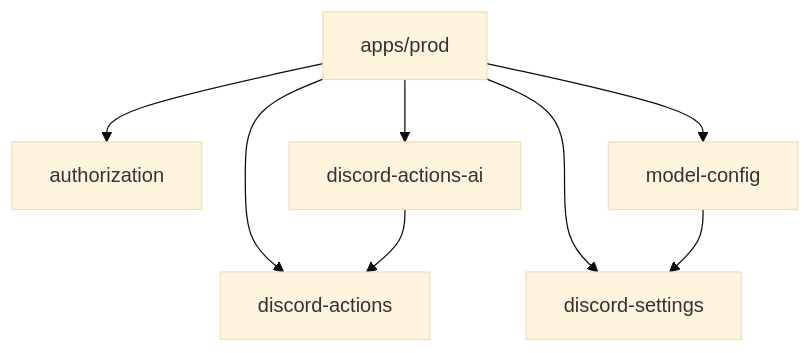
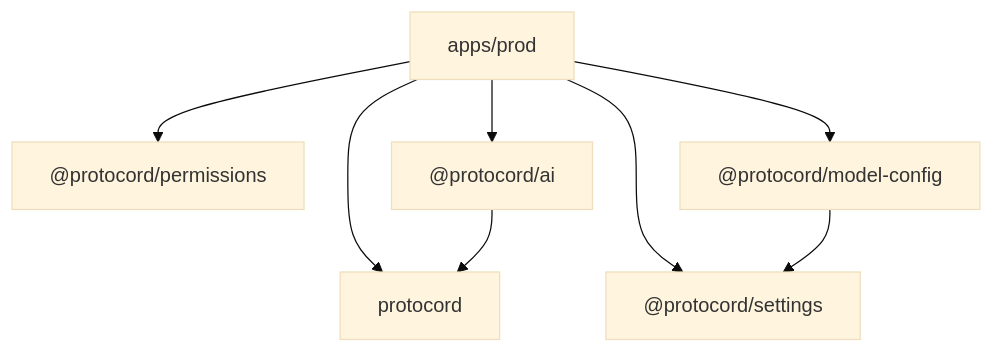
One commit to mia-cx/prod changed the first of 2 diagrams in prod-discord-ticketing-bot-mvp.md. Above: the diagram before and after it, drawn with Mermaid (base theme). The commit also changed other lines of this file and 56 other files, not shown here.

````diff
--- a/prod-discord-ticketing-bot-mvp.md
+++ b/prod-discord-ticketing-bot-mvp.md
@@ -92,11 +92,11 @@
 ```mermaid
 flowchart TD
-    PROD[apps/prod] --> AUTH[authorization]
-    PROD --> ACTIONS[discord-actions]
-    PROD --> ACTIONSAI[discord-actions-ai]
-    PROD --> SETTINGS[discord-settings]
-    PROD --> MODEL[model-config]
+    PROD[apps/prod] --> PERMISSIONS["@protocord/permissions"]
+    PROD --> CORE[protocord]
+    PROD --> AI["@protocord/ai"]
+    PROD --> SETTINGS["@protocord/settings"]
+    PROD --> MODEL["@protocord/model-config"]
 
-    ACTIONSAI --> ACTIONS
+    AI --> CORE
     MODEL --> SETTINGS
 ```
````
